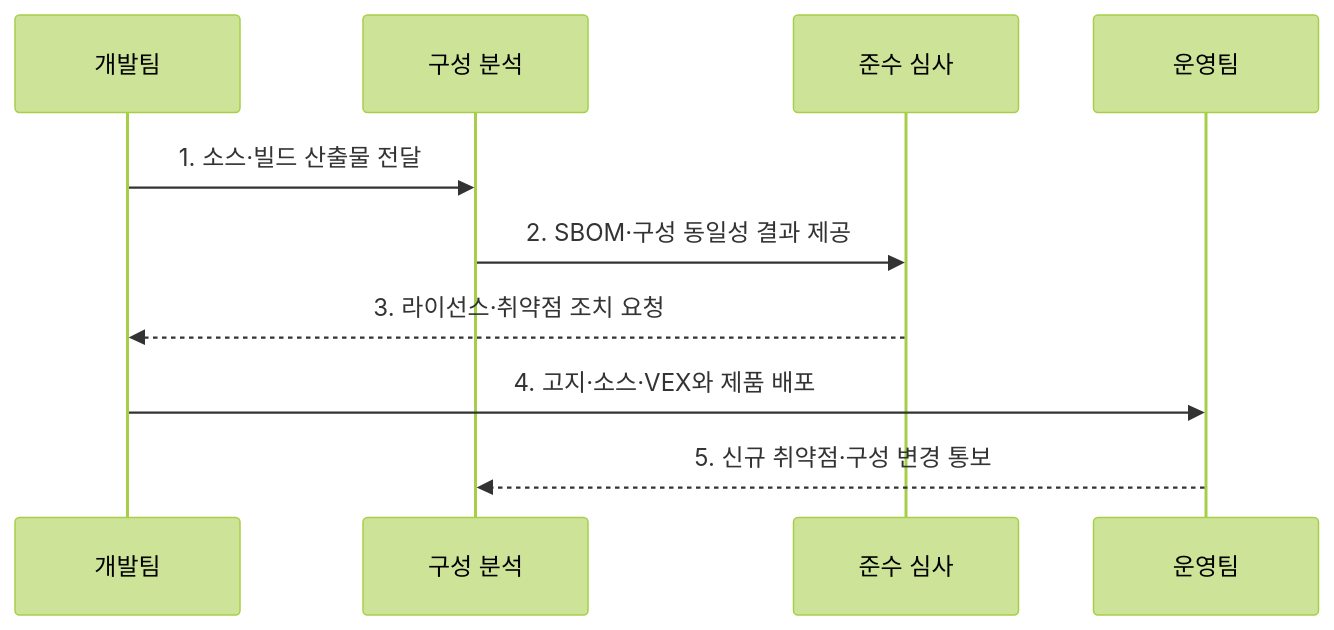
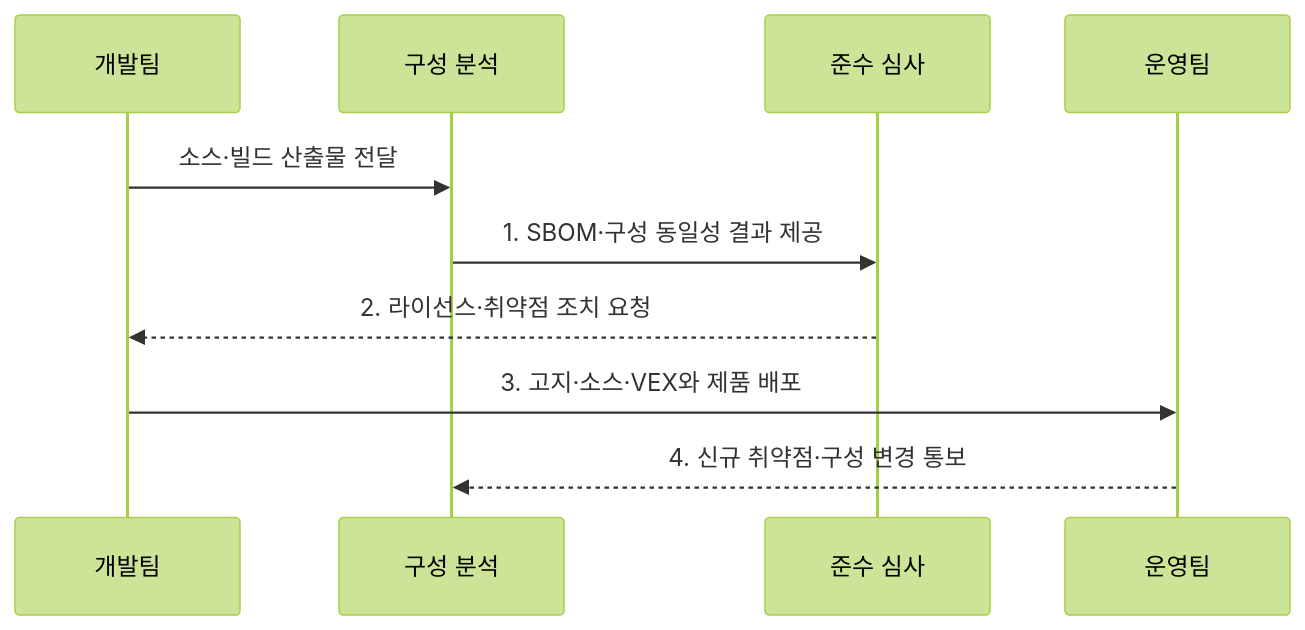
The second of 2 diagrams in src/content/docs/notes/07-law-policy/041_open_source_compliance_sbom.md (agnusdei1207/knowledge-base), drawn with Mermaid (forest theme) before and after one commit. The commit also changed other lines of this file and 5 other files, not shown here.

````diff
--- a/src/content/docs/notes/07-law-policy/041_open_source_compliance_sbom.md
+++ b/src/content/docs/notes/07-law-policy/041_open_source_compliance_sbom.md
@@ -77,12 +77,12 @@
 ```mermaid
 sequenceDiagram
     participant D as 개발팀
     participant S as 구성 분석
     participant R as 준수 심사
     participant O as 운영팀
-    D->>S: 1. 소스·빌드 산출물 전달
-    S->>R: 2. SBOM·구성 동일성 결과 제공
-    R-->>D: 3. 라이선스·취약점 조치 요청
-    D->>O: 4. 고지·소스·VEX와 제품 배포
-    O-->>S: 5. 신규 취약점·구성 변경 통보
+    D->>S: 소스·빌드 산출물 전달
+    S->>R: 1. SBOM·구성 동일성 결과 제공
+    R-->>D: 2. 라이선스·취약점 조치 요청
+    D->>O: 3. 고지·소스·VEX와 제품 배포
+    O-->>S: 4. 신규 취약점·구성 변경 통보
 ```
````
